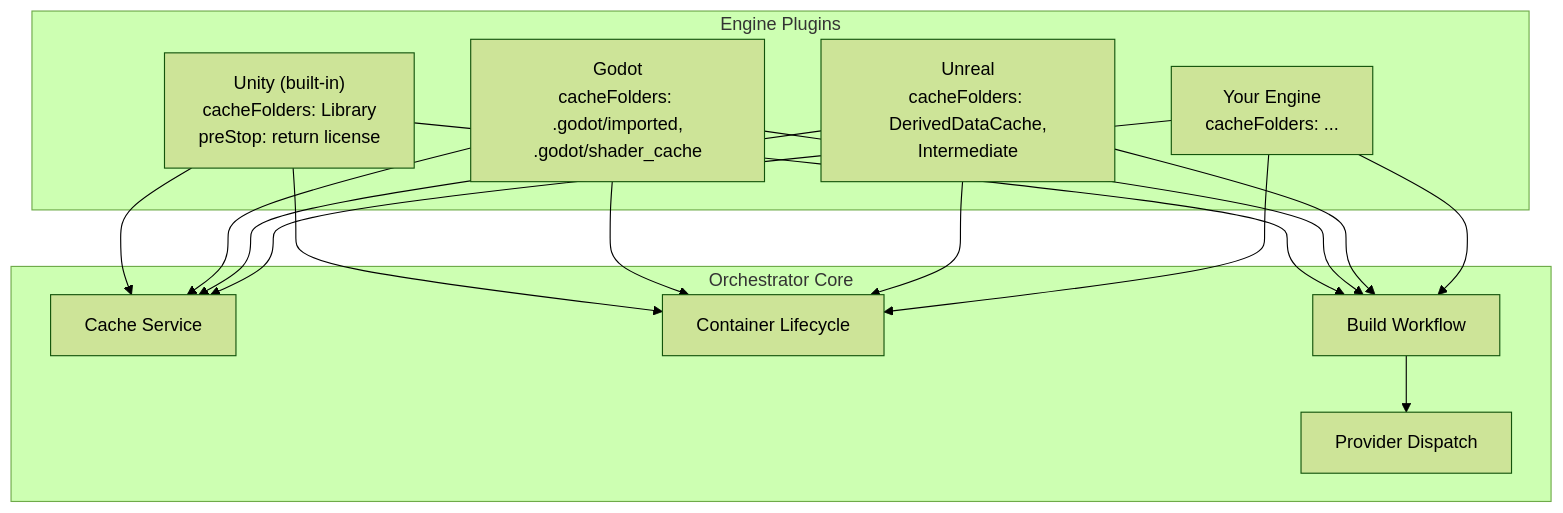
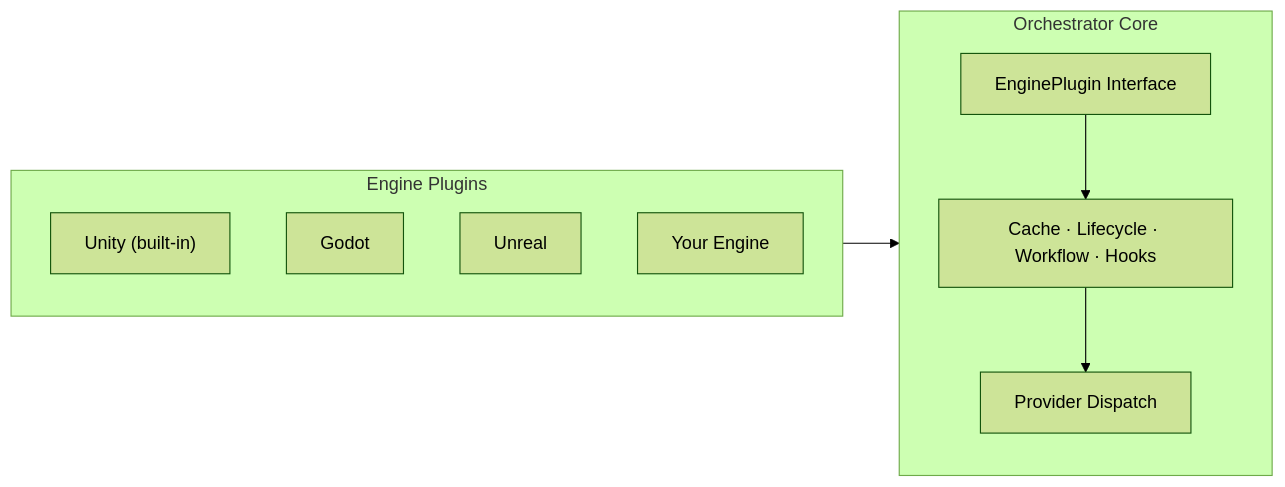
The second of 6 diagrams in README.md (game-ci/orchestrator), drawn with Mermaid (forest theme) before and after one commit.

Commit message:
docs: simplify engine agnosticism diagram
Route plugins through a single EnginePlugin Interface node instead of
drawing 12 individual crossing lines (4 plugins x 3 services).

````diff
--- a/README.md
+++ b/README.md
@@ -116,17 +116,17 @@
 ```mermaid
-flowchart TD
+flowchart LR
   subgraph plugins["Engine Plugins"]
-    U["Unity (built-in)<br/>cacheFolders: Library<br/>preStop: return license"]
-    G["Godot<br/>cacheFolders: .godot/imported,<br/>.godot/shader_cache"]
-    R["Unreal<br/>cacheFolders: DerivedDataCache,<br/>Intermediate"]
-    X["Your Engine<br/>cacheFolders: ..."]
+    direction TB
+    U["Unity (built-in)"]
+    G["Godot"]
+    R["Unreal"]
+    X["Your Engine"]
   end
   subgraph core["Orchestrator Core"]
-    C["Cache Service"]
-    L["Container Lifecycle"]
-    W["Build Workflow"]
+    direction TB
+    EP["EnginePlugin Interface"]
+    S["Cache · Lifecycle · Workflow · Hooks"]
     P["Provider Dispatch"]
   end
-  U & G & R & X --> C & L & W
-  W --> P
+  plugins --> EP --> S --> P
 ```
````
